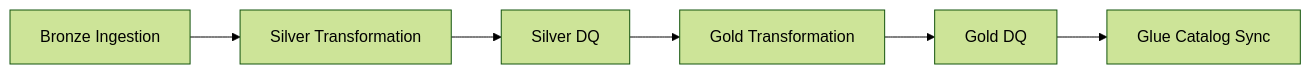
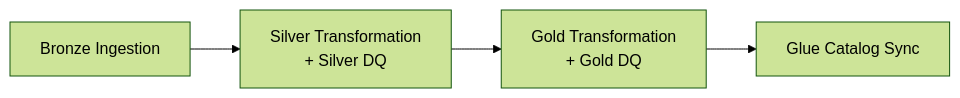
The second of 2 diagrams in docs/architecture/architecture.md (georgeballa7/EuropeanEnergyDataAnalytics), drawn with Mermaid (forest theme) before and after one commit. The commit also changed other lines of this file, not shown here.

Commit message:
Correct Airflow orchestration diagram

````diff
--- a/docs/architecture/architecture.md
+++ b/docs/architecture/architecture.md
@@ -42,8 +42,6 @@
 ```mermaid
 flowchart LR
-    B["Bronze Ingestion"] --> S["Silver Transformation"]
-    S --> SDQ["Silver DQ"]
-    SDQ --> G["Gold Transformation"]
-    G --> GDQ["Gold DQ"]
-    GDQ --> C["Glue Catalog Sync"]
+    B["Bronze Ingestion"] --> S["Silver Transformation<br/>+ Silver DQ"]
+    S --> G["Gold Transformation<br/>+ Gold DQ"]
+    G --> C["Glue Catalog Sync"]
 ```
````
